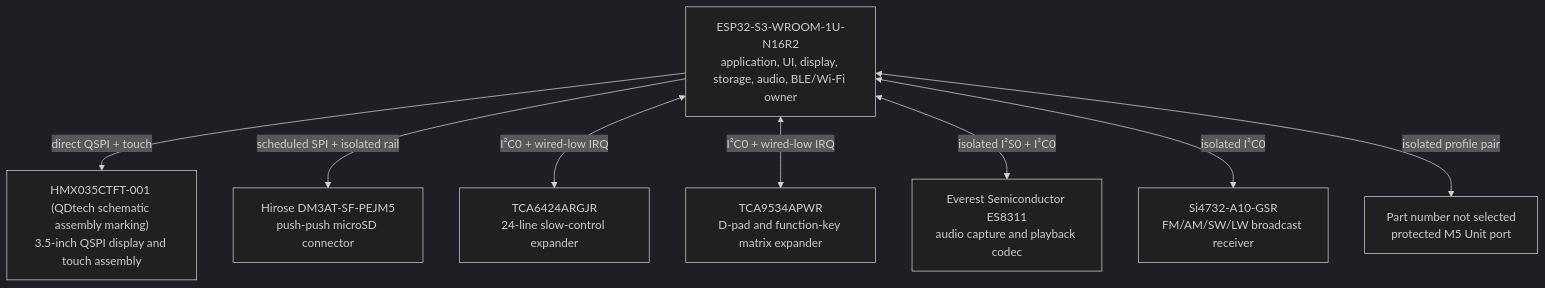
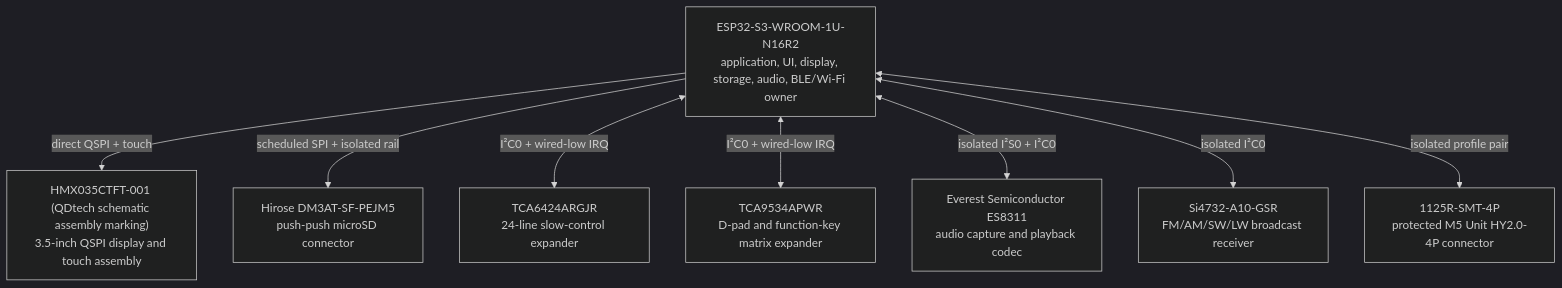
One commit to anton-vinogradov/esp32-leshy2 changed the second of 10 diagrams in README.md. Above: the diagram before and after it, drawn with Mermaid (dark theme). The commit also changed 20 other files, not shown here.

Commit message:
Select exact native M5 Unit connector

````diff
--- a/README.md
+++ b/README.md
@@ -78,18 +78,18 @@
 ```mermaid
 flowchart TD
 S3["ESP32-S3-WROOM-1U-N16R2<br/>application, UI, display, storage, audio, BLE/Wi-Fi owner"]
 DISPLAY["HMX035CTFT-001 (QDtech schematic assembly marking)<br/>3.5-inch QSPI display and touch assembly"]
 SD["Hirose DM3AT-SF-PEJM5<br/>push-push microSD connector"]
 SLOW_IO["TCA6424ARGJR<br/>24-line slow-control expander"]
 UI_MATRIX_IO["TCA9534APWR<br/>D-pad and function-key matrix expander"]
 CODEC["Everest Semiconductor ES8311<br/>audio capture and playback codec"]
 RECEIVER["Si4732-A10-GSR<br/>FM/AM/SW/LW broadcast receiver"]
-  UNIT["Part number not selected<br/>protected M5 Unit port"]
+UNIT_CONNECTOR["1125R-SMT-4P<br/>protected M5 Unit HY2.0-4P connector"]
   S3 -->|"direct QSPI + touch"| DISPLAY
   S3 -->|"scheduled SPI + isolated rail"| SD
   S3 <-->|"I²C0 + wired-low IRQ"| SLOW_IO
   S3 <-->|"I²C0 + wired-low IRQ"| UI_MATRIX_IO
   S3 <-->|"isolated I²S0 + I²C0"| CODEC
   S3 <-->|"isolated I²C0"| RECEIVER
-  S3 <-->|"isolated profile pair"| UNIT
+  S3 <-->|"isolated profile pair"| UNIT_CONNECTOR
 ```
````
